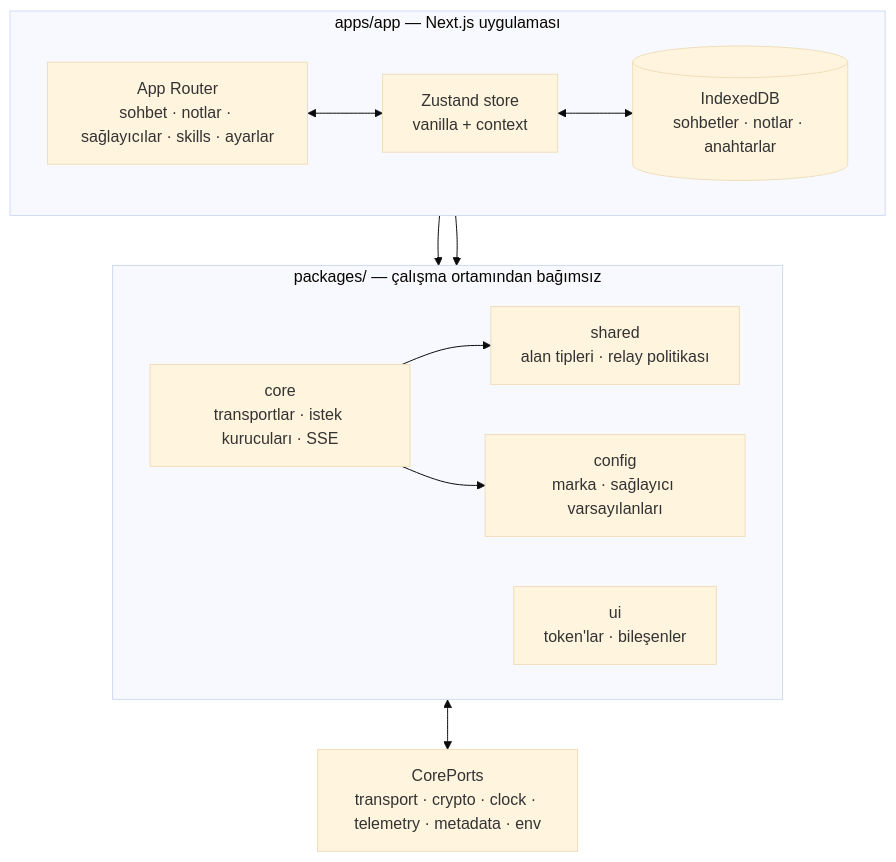
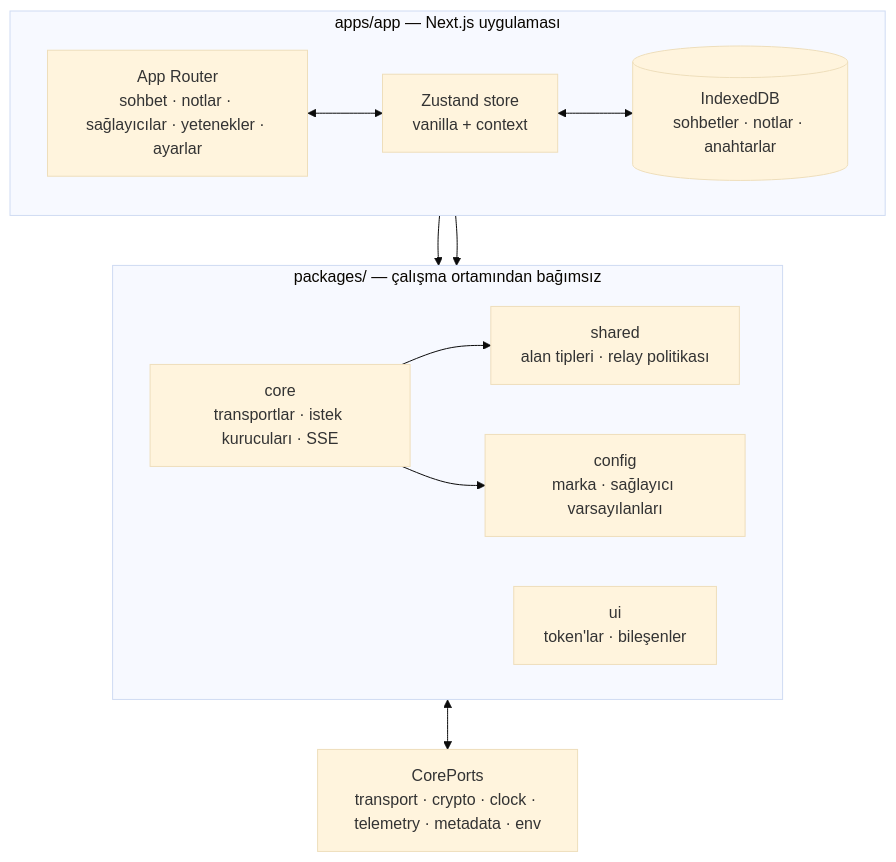
Before and after one commit to oriveo/oriveo: the second of 2 diagrams in readme_i18n/tr/web.md, drawn with Mermaid (base theme). The commit also changed other lines of this file and 89 other files, not shown here.

````diff
--- a/readme_i18n/tr/web.md
+++ b/readme_i18n/tr/web.md
@@ -119,25 +120,25 @@
 ```mermaid
 flowchart TB
     subgraph app ["apps/app — Next.js uygulaması"]
         direction LR
-        routes["App Router<br/>sohbet · notlar · sağlayıcılar · skills · ayarlar"]
+        routes["App Router<br/>sohbet · notlar · sağlayıcılar · yetenekler · ayarlar"]
         store["Zustand store<br/>vanilla + context"]
         idb[("IndexedDB<br/>sohbetler · notlar · anahtarlar")]
     end
 
     subgraph pkgs ["packages/ — çalışma ortamından bağımsız"]
         direction LR
         core["core<br/>transportlar · istek kurucuları · SSE"]
         shared["shared<br/>alan tipleri · relay politikası"]
         ui["ui<br/>token'lar · bileşenler"]
         config["config<br/>marka · sağlayıcı varsayılanları"]
     end
 
     ports["CorePorts<br/>transport · crypto · clock · telemetry · metadata · env"]
 
     routes <--> store <--> idb
     store --> core
     core --> shared & config
     routes --> ui
     core <--> ports
 ```
````
